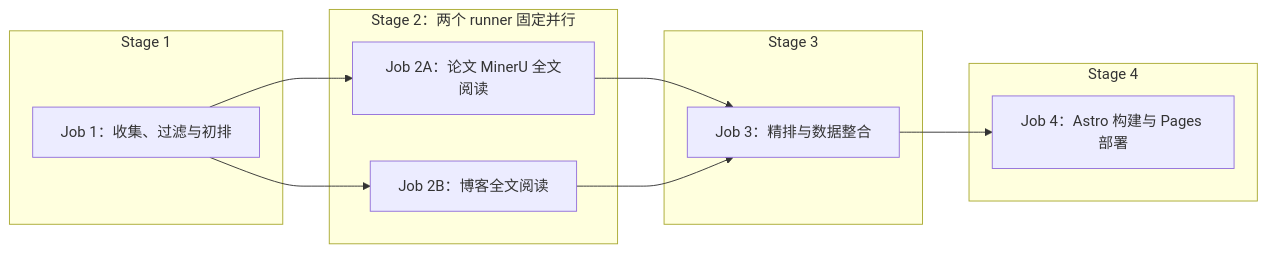
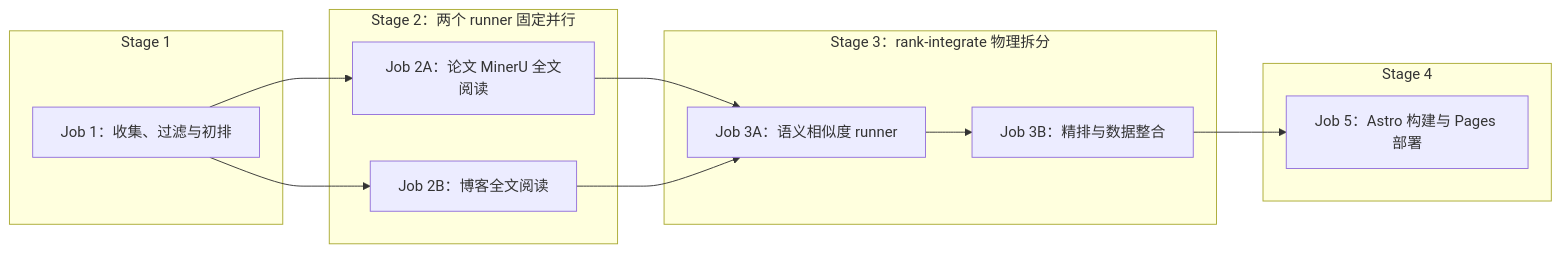
Before and after one commit to Bin-Zhang-hhht/rec-sys-daily: the diagram in docs/superpowers/specs/2026-08-09-recsys-daily-design.md, drawn with Mermaid. The commit also changed other lines of this file and 4 other files, not shown here.

Commit message:
docs: consolidate similarity graph design

````diff
--- a/docs/superpowers/specs/2026-08-09-recsys-daily-design.md
+++ b/docs/superpowers/specs/2026-08-09-recsys-daily-design.md
@@ -390,22 +395,24 @@
 ```mermaid
 flowchart LR
     A["Job 1：收集、过滤与初排"] --> B1["Job 2A：论文 MinerU 全文阅读"]
     A --> B2["Job 2B：博客全文阅读"]
-    B1 --> C["Job 3：精排与数据整合"]
-    B2 --> C
-    C --> D["Job 4：Astro 构建与 Pages 部署"]
+    B1 --> C1["Job 3A：语义相似度 runner"]
+    B2 --> C1
+    C1 --> C["Job 3B：精排与数据整合"]
+    C --> D["Job 5：Astro 构建与 Pages 部署"]
 
     subgraph S1["Stage 1"]
       A
     end
     subgraph S2["Stage 2：两个 runner 固定并行"]
       B1
       B2
     end
-    subgraph S3["Stage 3"]
+    subgraph S3["Stage 3：rank-integrate 物理拆分"]
+      C1
       C
     end
     subgraph S4["Stage 4"]
       D
     end
 ```
````
